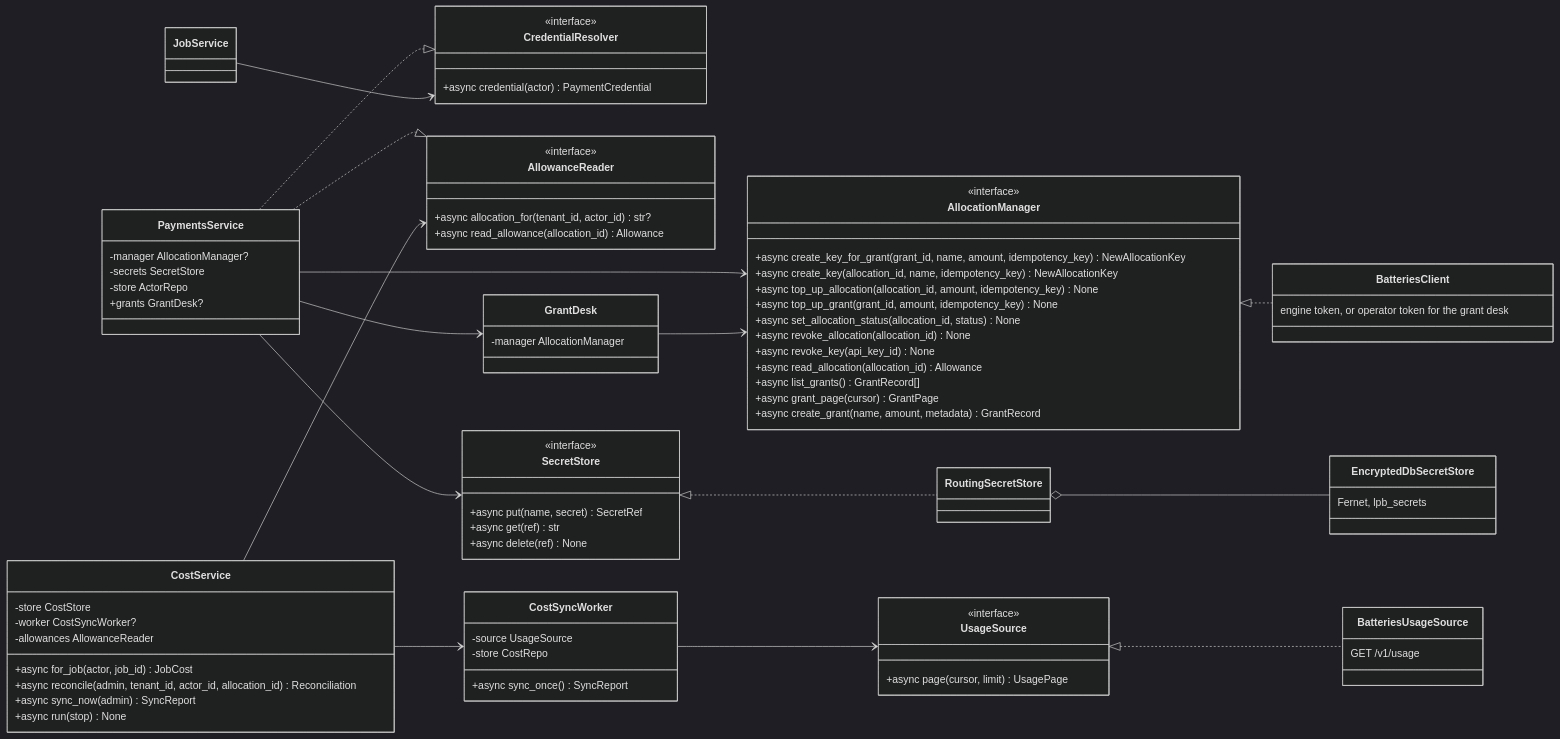
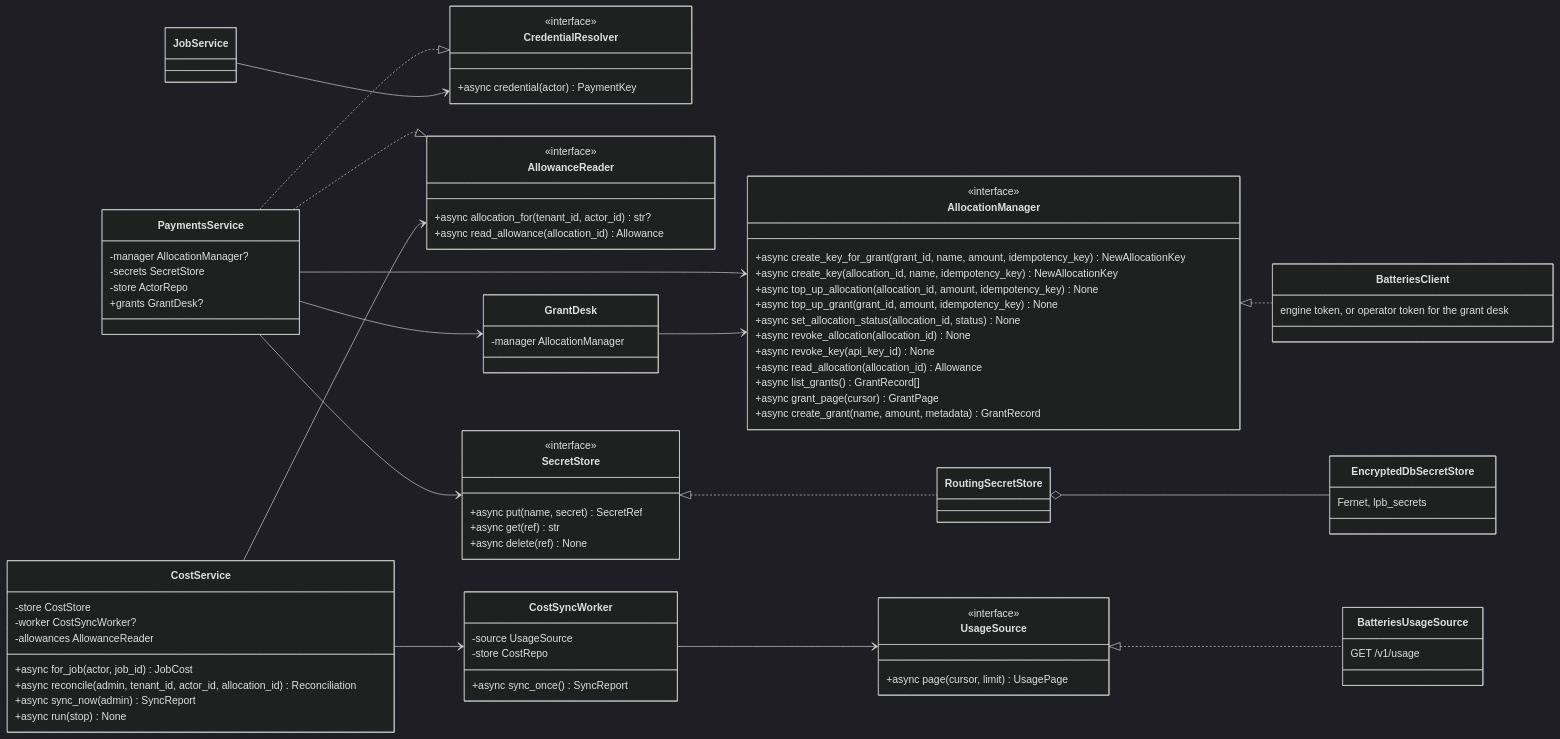
One commit to NE-Build-Track/livepeer-builder-core changed the fifth of 16 diagrams in docs/design-docs/interfaces-and-http-servers.md. Above: the diagram before and after it, drawn with Mermaid (dark theme). The commit also changed other lines of this file and 21 other files, not shown here.

First line of the commit message:
refactor(payments)!: PaymentCredential becomes PaymentKey, and the route rotates a payment key (#163)

```diff
--- a/docs/design-docs/interfaces-and-http-servers.md
+++ b/docs/design-docs/interfaces-and-http-servers.md
@@ -340,7 +340,7 @@
     direction LR
     class CredentialResolver {
         <<interface>>
-        +async credential(actor) PaymentCredential
+        +async credential(actor) PaymentKey
     }
     class AllowanceReader {
         <<interface>>
```
